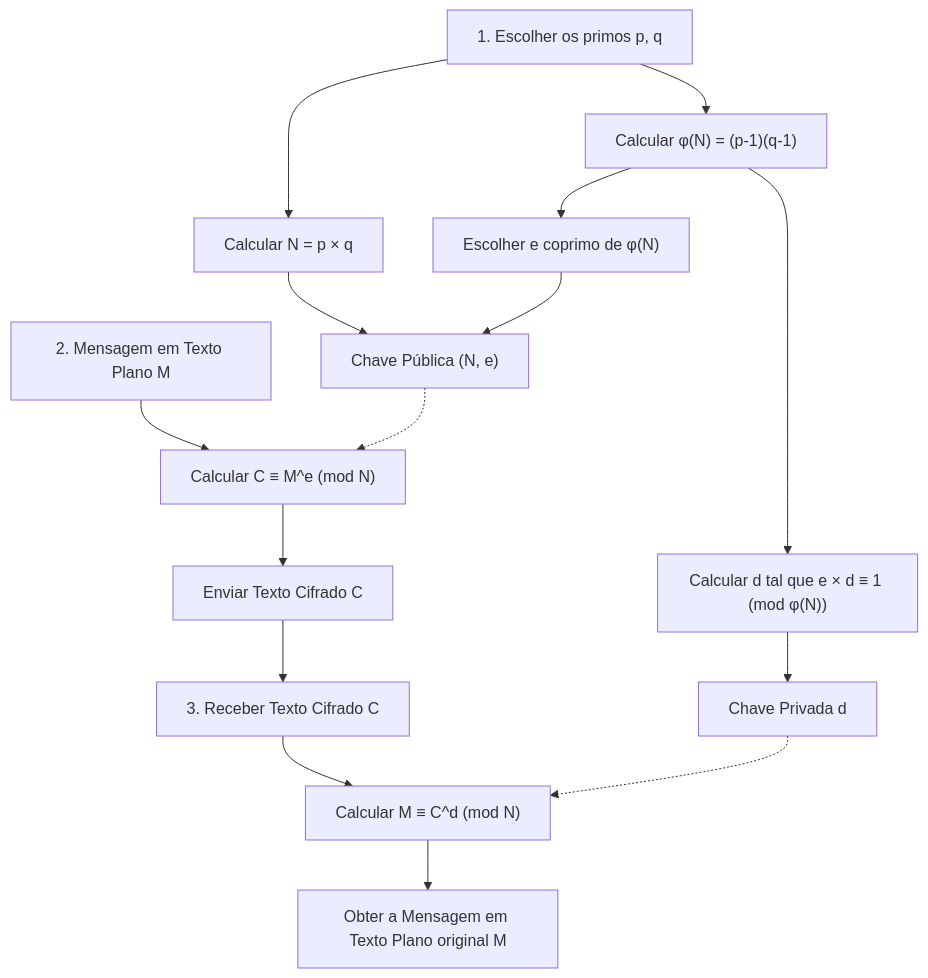
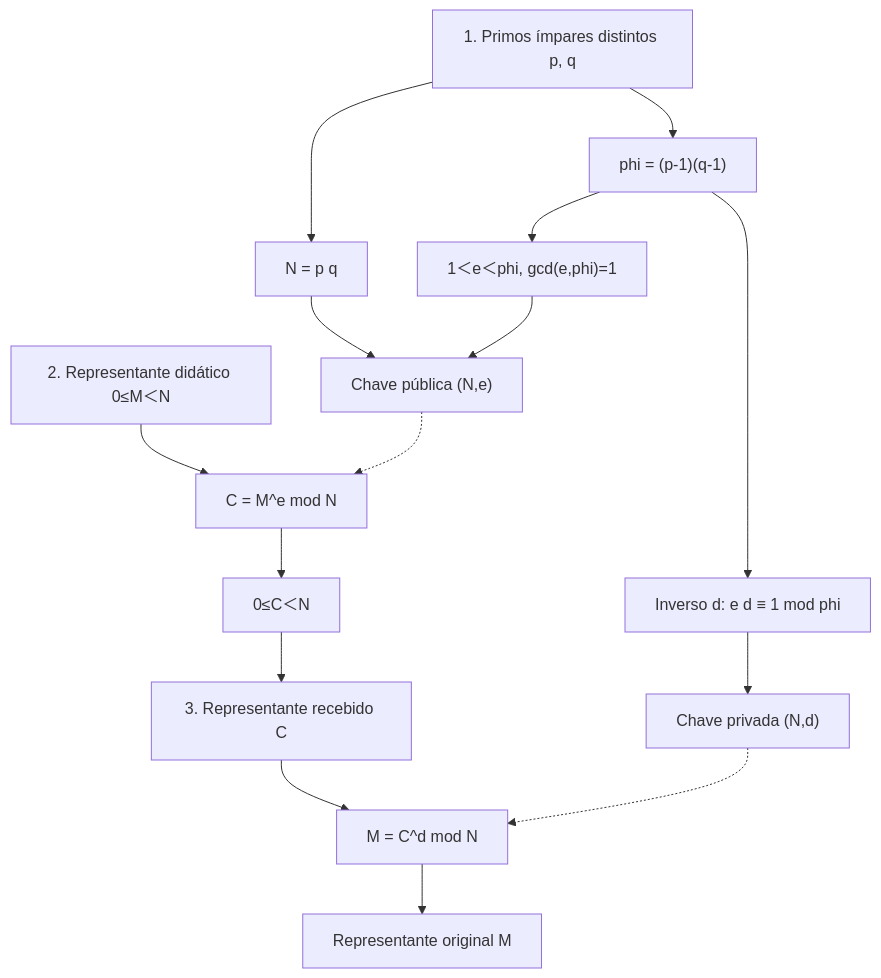
One commit to kenjinote/blog changed the second of 3 diagrams in content/post/rsa暗号の仕組みを高校生でもわかるように説明する/index.pt.md. Above: the diagram before and after it, drawn with Mermaid. The commit also changed other lines of this file and 5 other files, not shown here.

````diff
--- a/content/post/rsa暗号の仕組みを高校生でもわかるように説明する/index.pt.md
+++ b/content/post/rsa暗号の仕組みを高校生でもわかるように説明する/index.pt.md
@@ -164,19 +103,17 @@
 ```mermaid
 flowchart TD
-    A1["1. Escolher os primos p, q"] --> A2["Calcular N = p × q"]
-    A1 --> A3["Calcular φ(N) = (p-1)(q-1)"]
-    A3 --> A4["Escolher e coprimo de φ(N)"]
-    A3 --> A5["Calcular d tal que e × d ≡ 1 (mod φ(N))"]
-    A2 --> A6["Chave Pública (N, e)"]
+    A1["1. Primos ímpares distintos p, q"] --> A2["N = p q"]
+    A1 --> A3["phi = (p-1)(q-1)"]
+    A3 --> A4["1＜e＜phi, gcd(e,phi)=1"]
+    A3 --> A5["Inverso d: e d ≡ 1 mod phi"]
+    A2 --> A6["Chave pública (N,e)"]
     A4 --> A6
-    A5 --> A7["Chave Privada d"]
-    
-    B1["2. Mensagem em Texto Plano M"] --> B2["Calcular C ≡ M^e (mod N)"]
+    A5 --> A7["Chave privada (N,d)"]
+    B1["2. Representante didático 0≤M＜N"] --> B2["C = M^e mod N"]
     A6 -.-> B2
-    B2 --> B3["Enviar Texto Cifrado C"]
-    
-    B3 --> C1["3. Receber Texto Cifrado C"]
-    C1 --> C2["Calcular M ≡ C^d (mod N)"]
+    B2 --> B3["0≤C＜N"]
+    B3 --> C1["3. Representante recebido C"]
+    C1 --> C2["M = C^d mod N"]
     A7 -.-> C2
-    C2 --> C3["Obter a Mensagem em Texto Plano original M"]
+    C2 --> C3["Representante original M"]
 ```
````
